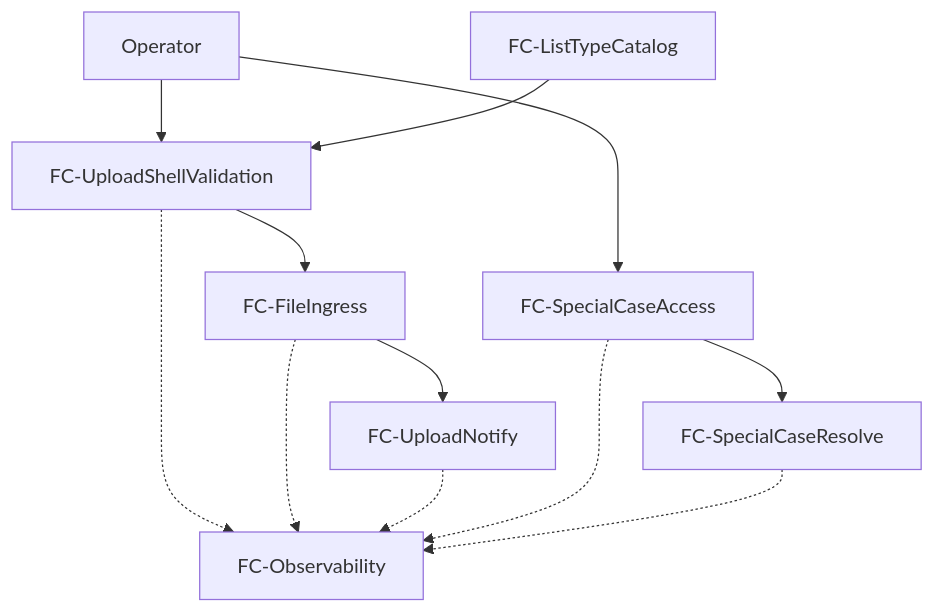
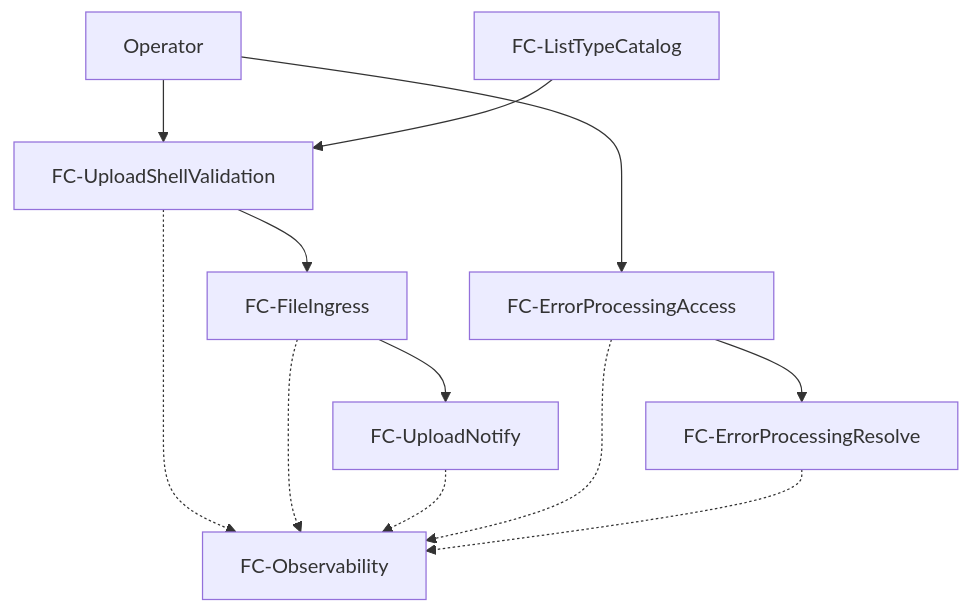
One commit to KazhadeyD/VTBL.Restrict changed the first of 2 diagrams in docs/architecture.md. Above: the diagram before and after it, drawn with Mermaid. The commit also changed other lines of this file and 124 other files, not shown here.

````diff
--- a/docs/architecture.md
+++ b/docs/architecture.md
@@ -111,23 +112,23 @@
 ```mermaid
 flowchart TB
   op[Operator]
   shell[FC-UploadShellValidation]
   ingress[FC-FileIngress]
   notify[FC-UploadNotify]
   catalog[FC-ListTypeCatalog]
-  access[FC-SpecialCaseAccess]
-  resolve[FC-SpecialCaseResolve]
+  access[FC-ErrorProcessingAccess]
+  resolve[FC-ErrorProcessingResolve]
   obs[FC-Observability]
 
   op --> shell
   shell --> ingress
   ingress --> notify
   catalog --> shell
   op --> access
   access --> resolve
   shell -.-> obs
   ingress -.-> obs
   notify -.-> obs
   access -.-> obs
   resolve -.-> obs
 ```
````
